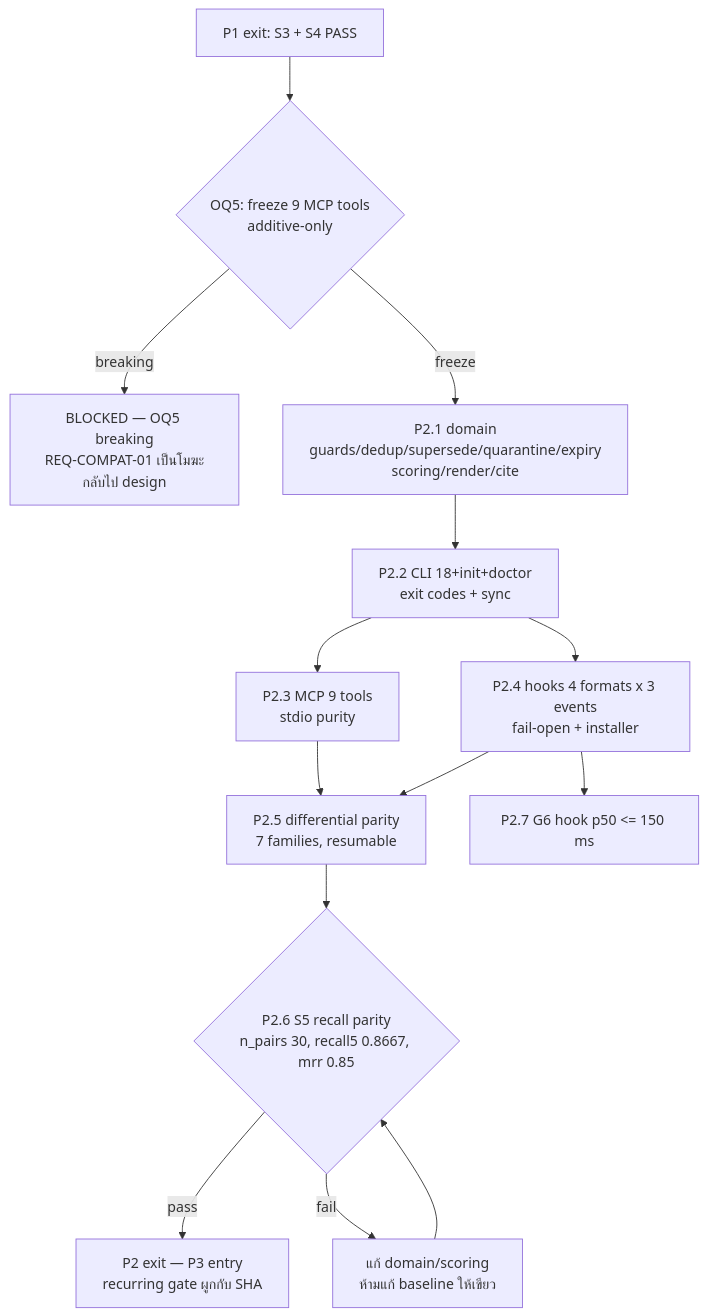
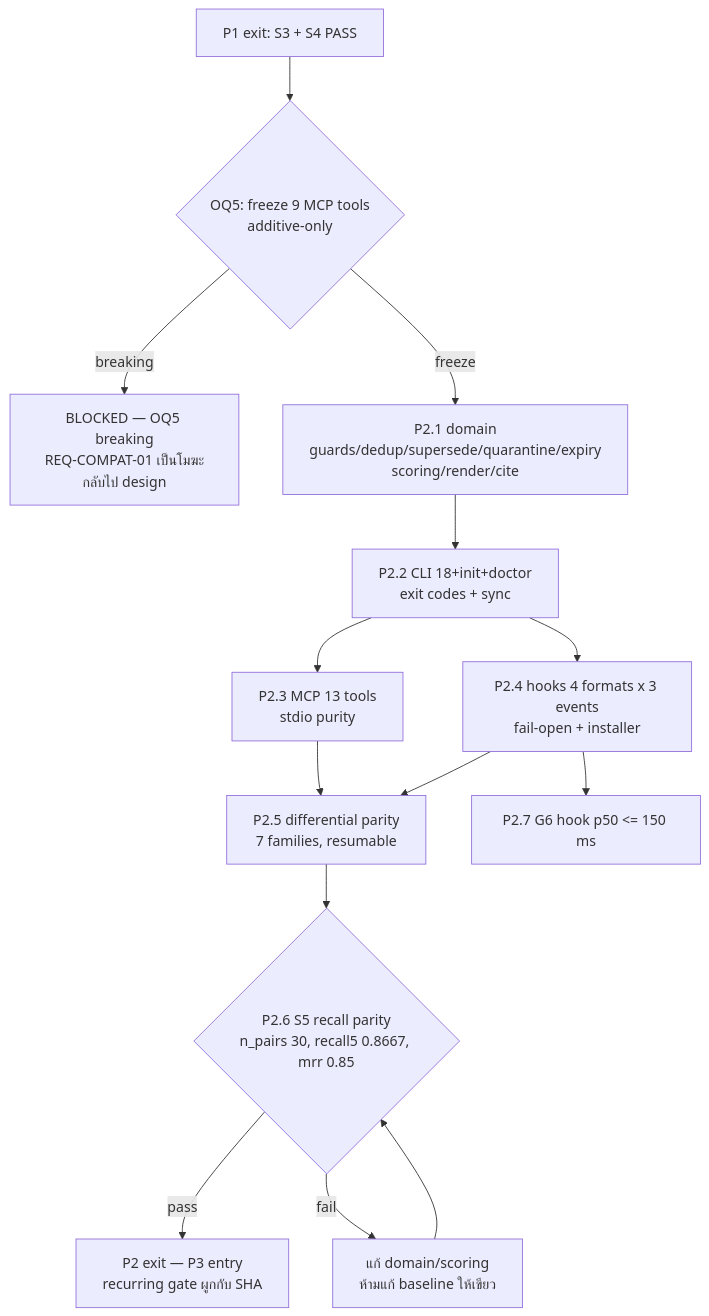
Before and after one commit to atomsbaza/my-memory-engine: the diagram in specs/phases/p2-engine-parity.spec.md, drawn with Mermaid. The commit also changed other lines of this file and 28 other files, not shown here.

Commit message:
fix: P2 parity findings — vec_rank parity, filename format, MCP 13 tools

````diff
--- a/specs/phases/p2-engine-parity.spec.md
+++ b/specs/phases/p2-engine-parity.spec.md
@@ -185,16 +185,16 @@
 ```mermaid
 flowchart TD
   P1["P1 exit: S3 + S4 PASS"] --> OQ5{"OQ5: freeze 9 MCP tools<br/>additive-only"}
   OQ5 -->|"breaking"| STOP["BLOCKED — OQ5 breaking<br/>REQ-COMPAT-01 เป็นโมฆะ<br/>กลับไป design"]
   OQ5 -->|"freeze"| D["P2.1 domain<br/>guards/dedup/supersede/quarantine/expiry<br/>scoring/render/cite"]
   D --> CLI["P2.2 CLI 18+init+doctor<br/>exit codes + sync"]
-  CLI --> MCP["P2.3 MCP 9 tools<br/>stdio purity"]
+  CLI --> MCP["P2.3 MCP 13 tools<br/>stdio purity"]
   CLI --> HK["P2.4 hooks 4 formats x 3 events<br/>fail-open + installer"]
   MCP --> PAR["P2.5 differential parity<br/>7 families, resumable"]
   HK --> PAR
   HK --> G6["P2.7 G6 hook p50 <= 150 ms"]
   PAR --> S5{"P2.6 S5 recall parity<br/>n_pairs 30, recall5 0.8667, mrr 0.85"}
   S5 -->|"pass"| EXIT["P2 exit — P3 entry<br/>recurring gate ผูกกับ SHA"]
   S5 -->|"fail"| FIX["แก้ domain/scoring<br/>ห้ามแก้ baseline ให้เขียว"]
   FIX --> S5
 ```
````
